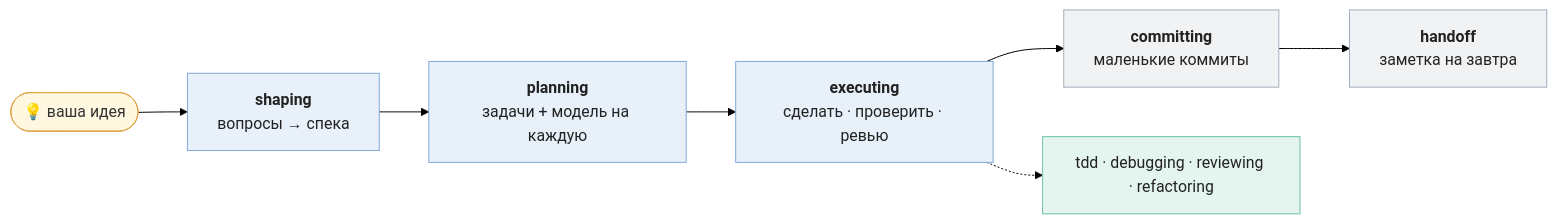
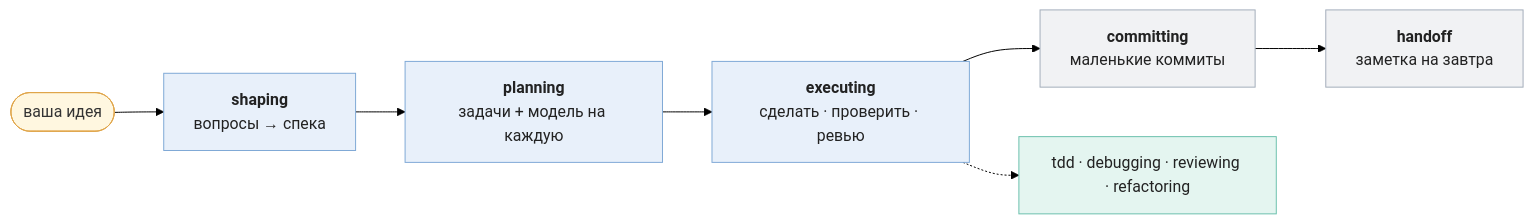
The diagram in README.ru.md (msFoma/foma-skills), drawn with Mermaid (forest theme) before and after one commit. The commit also changed other lines of this file and 14 other files, not shown here.

````diff
--- a/README.ru.md
+++ b/README.ru.md
@@ -70,17 +70,17 @@
 ```mermaid
 flowchart LR
-    A(["💡 ваша идея"]) --> B["<b>shaping</b><br/>вопросы → спека"]
+    A(["ваша идея"]) --> B["<b>shaping</b><br/>вопросы → спека"]
     B --> C["<b>planning</b><br/>задачи + модель на каждую"]
     C --> D["<b>executing</b><br/>сделать · проверить · ревью"]
     D --> E["<b>committing</b><br/>маленькие коммиты"]
     E --> F["<b>handoff</b><br/>заметка на завтра"]
     D -.-> G["tdd · debugging · reviewing · refactoring"]
     classDef idea fill:#fff7e0,stroke:#e0a54a,color:#333
     classDef proc fill:#e8f0fa,stroke:#7fa9d6,color:#222
     classDef meth fill:#e4f5f0,stroke:#6cc0ad,color:#222
     classDef end1 fill:#f1f2f4,stroke:#a3adba,color:#222
     class A idea
     class B,C,D proc
     class G meth
     class E,F end1
 ```
````
